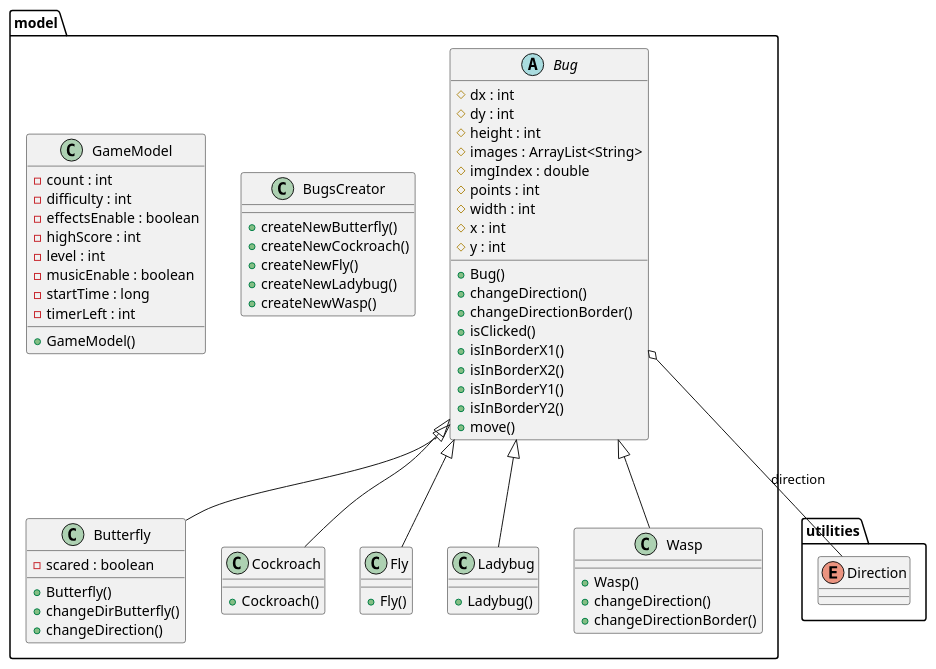
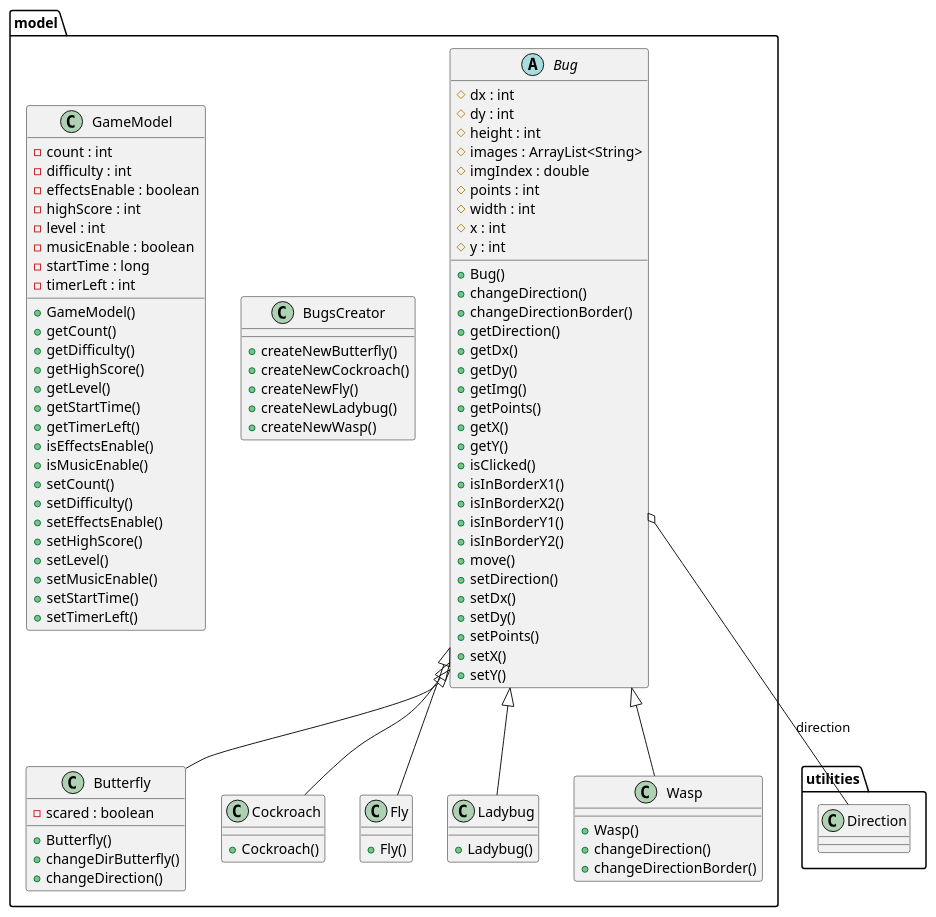
One commit to lcintini/JFlySwatter changed the diagram in out/production/JFlySwatter/model/model.plantuml. Above: the diagram before and after it, drawn with PlantUML. The commit also changed 34 other files, not shown here.

```diff
--- a/out/production/JFlySwatter/model/model.plantuml
+++ b/out/production/JFlySwatter/model/model.plantuml
@@ -1,107 +1,131 @@
 @startuml
-
 
  namespace model {
       abstract class model.Bug {
           # dx : int
           # dy : int
           # height : int
           # images : ArrayList<String>
           # imgIndex : double
           # points : int
           # width : int
           # x : int
           # y : int
           + Bug()
           + changeDirection()
           + changeDirectionBorder()
+          + getDirection()
+          + getDx()
+          + getDy()
+          + getImg()
+          + getPoints()
+          + getX()
+          + getY()
           + isClicked()
           + isInBorderX1()
           + isInBorderX2()
           + isInBorderY1()
           + isInBorderY2()
           + move()
+          + setDirection()
+          + setDx()
+          + setDy()
+          + setPoints()
+          + setX()
+          + setY()
       }
     }
   
 
   namespace model {
       class model.BugsCreator {
           + createNewButterfly()
           + createNewCockroach()
           + createNewFly()
           + createNewLadybug()
           + createNewWasp()
       }
     }
   
 
   namespace model {
       class model.Butterfly {
           - scared : boolean
           + Butterfly()
           + changeDirButterfly()
           + changeDirection()
       }
     }
   
 
   namespace model {
       class model.Cockroach {
           + Cockroach()
       }
     }
   
 
- namespace model {
+  namespace model {
       class model.Fly {
           + Fly()
       }
     }
   
 
   namespace model {
       class model.GameModel {
           - count : int
           - difficulty : int
           - effectsEnable : boolean
           - highScore : int
           - level : int
           - musicEnable : boolean
           - startTime : long
           - timerLeft : int
           + GameModel()
+          + getCount()
+          + getDifficulty()
+          + getHighScore()
+          + getLevel()
+          + getStartTime()
+          + getTimerLeft()
+          + isEffectsEnable()
+          + isMusicEnable()
+          + setCount()
+          + setDifficulty()
+          + setEffectsEnable()
+          + setHighScore()
+          + setLevel()
+          + setMusicEnable()
+          + setStartTime()
+          + setTimerLeft()
       }
     }
   
 
   namespace model {
       class model.Ladybug {
           + Ladybug()
       }
     }
   
 
   namespace model {
       class model.Wasp {
           + Wasp()
           + changeDirection()
           + changeDirectionBorder()
       }
     }
-
-    namespace utilities {
-        enum Direction
-    }
   
 
   model.Bug o-- utilities.Direction : direction
   model.Butterfly -up-|> model.Bug
   model.Cockroach -up-|> model.Bug
   model.Fly -up-|> model.Bug
   model.Ladybug -up-|> model.Bug
   model.Wasp -up-|> model.Bug
 
 
 
 @enduml
```
